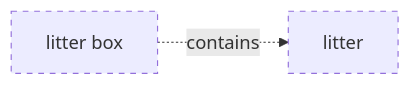
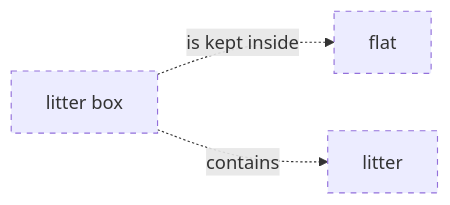
One commit to belaboros/DomainAiAssistant changed diagram 42 of 58 in data/ontology-pets-and-house-rules/03_release/00_raw/level-2.md. Above: the diagram before and after it, drawn with Mermaid. The commit also changed other lines of this file and 327 other files, not shown here.

````diff
--- a/data/ontology-pets-and-house-rules/03_release/00_raw/level-2.md
+++ b/data/ontology-pets-and-house-rules/03_release/00_raw/level-2.md
@@ -516,8 +707,10 @@
 ```mermaid
 flowchart LR
     classDef draft stroke-dasharray: 5 5
+    cn_01M82ACZDNRYXG7FZCA8KC7FD5["flat"]
     cn_01M82AQDR2NPZDR8C737517K89["litter"]
     cn_01M82ARW4GRHWZH2QAVQ4Z6C2S["litter box"]
+    cn_01M82ARW4GRHWZH2QAVQ4Z6C2S -. "is kept inside" .-> cn_01M82ACZDNRYXG7FZCA8KC7FD5
     cn_01M82ARW4GRHWZH2QAVQ4Z6C2S -. "contains" .-> cn_01M82AQDR2NPZDR8C737517K89
-    class cn_01M82AQDR2NPZDR8C737517K89,cn_01M82ARW4GRHWZH2QAVQ4Z6C2S draft
+    class cn_01M82ACZDNRYXG7FZCA8KC7FD5,cn_01M82AQDR2NPZDR8C737517K89,cn_01M82ARW4GRHWZH2QAVQ4Z6C2S draft
 ```
````
